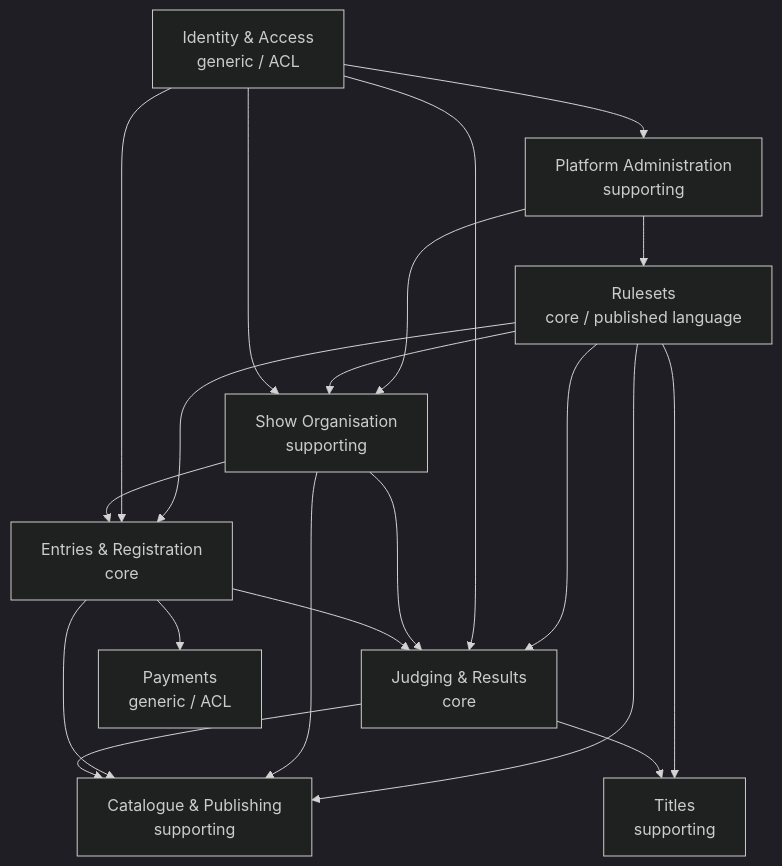
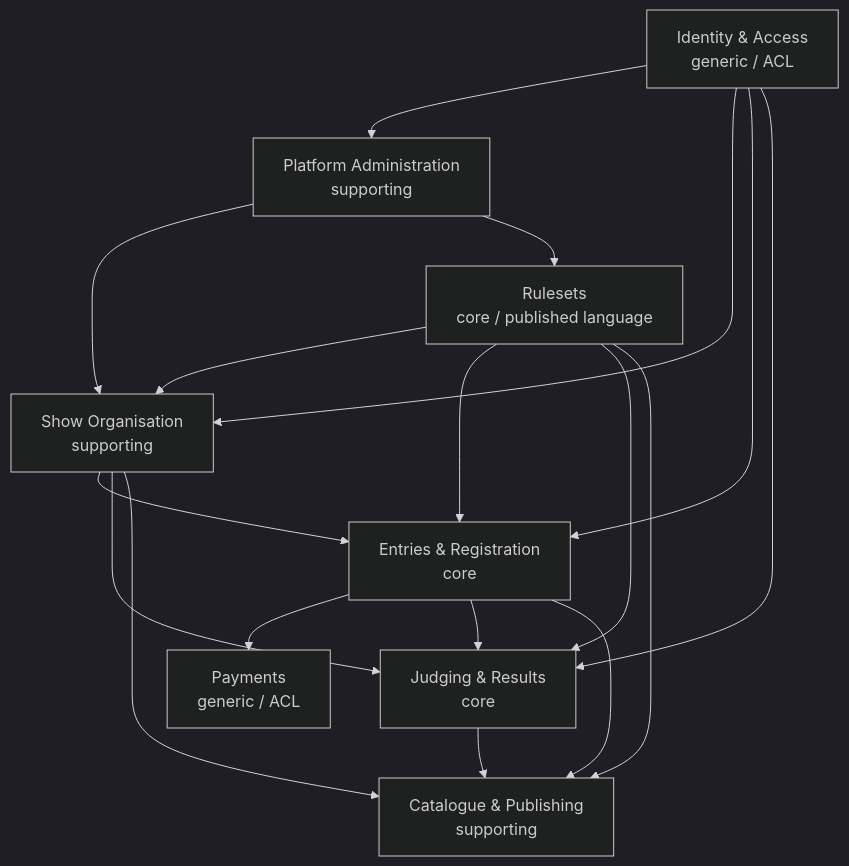
The diagram in CONTEXT-MAP.md (open-dog-show/open-dog-show), drawn with Mermaid (dark theme) before and after one commit. The commit also changed other lines of this file and 4 other files, not shown here.

````diff
--- a/CONTEXT-MAP.md
+++ b/CONTEXT-MAP.md
@@ -35,32 +34,29 @@
 ```mermaid
 flowchart TD
   RS[Rulesets<br/>core / published language]
   IAM[Identity & Access<br/>generic / ACL]
   SO[Show Organisation<br/>supporting]
   EN[Entries & Registration<br/>core]
   JR[Judging & Results<br/>core]
-  TI[Titles<br/>supporting]
   CP[Catalogue & Publishing<br/>supporting]
   PAY[Payments<br/>generic / ACL]
   PA[Platform Administration<br/>supporting]
 
   PA --> SO
   PA --> RS
   IAM --> PA
   RS --> SO
   RS --> EN
   RS --> JR
   RS --> CP
-  RS --> TI
   IAM --> SO
   IAM --> EN
   IAM --> JR
   SO --> EN
   SO --> JR
   SO --> CP
   EN --> PAY
   EN --> JR
   EN --> CP
   JR --> CP
-  JR --> TI
 ```
````
